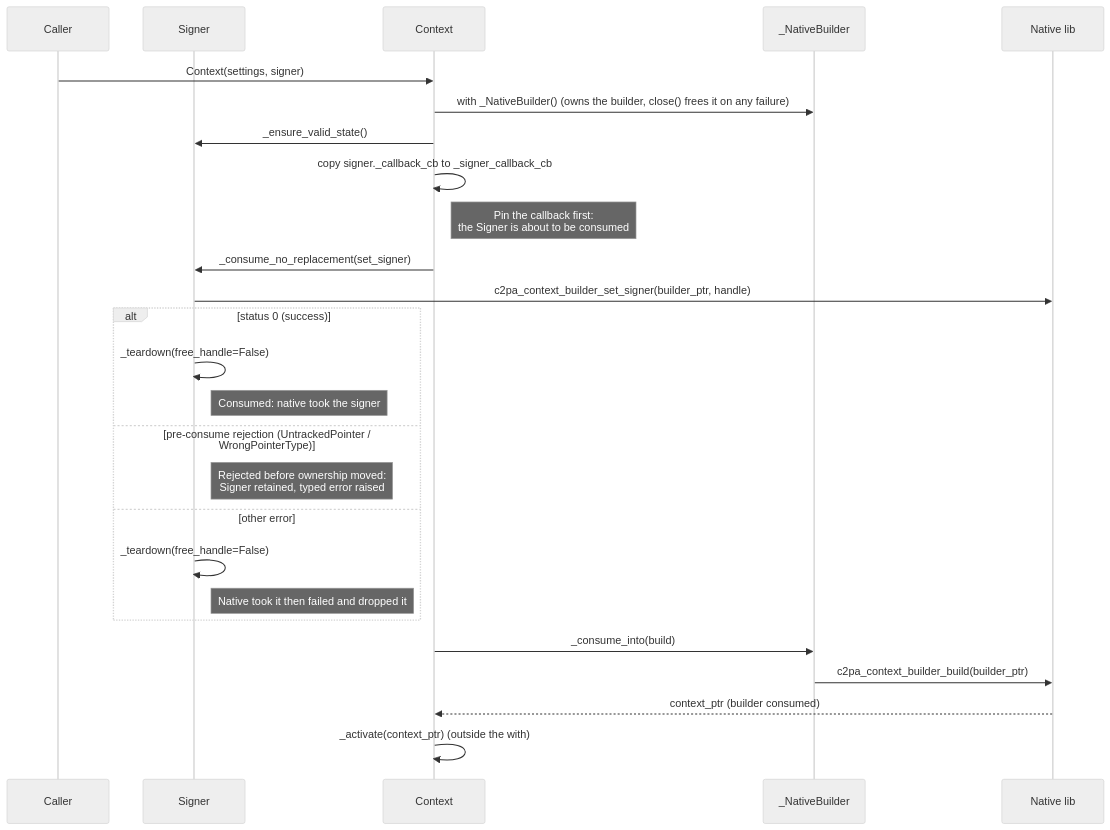
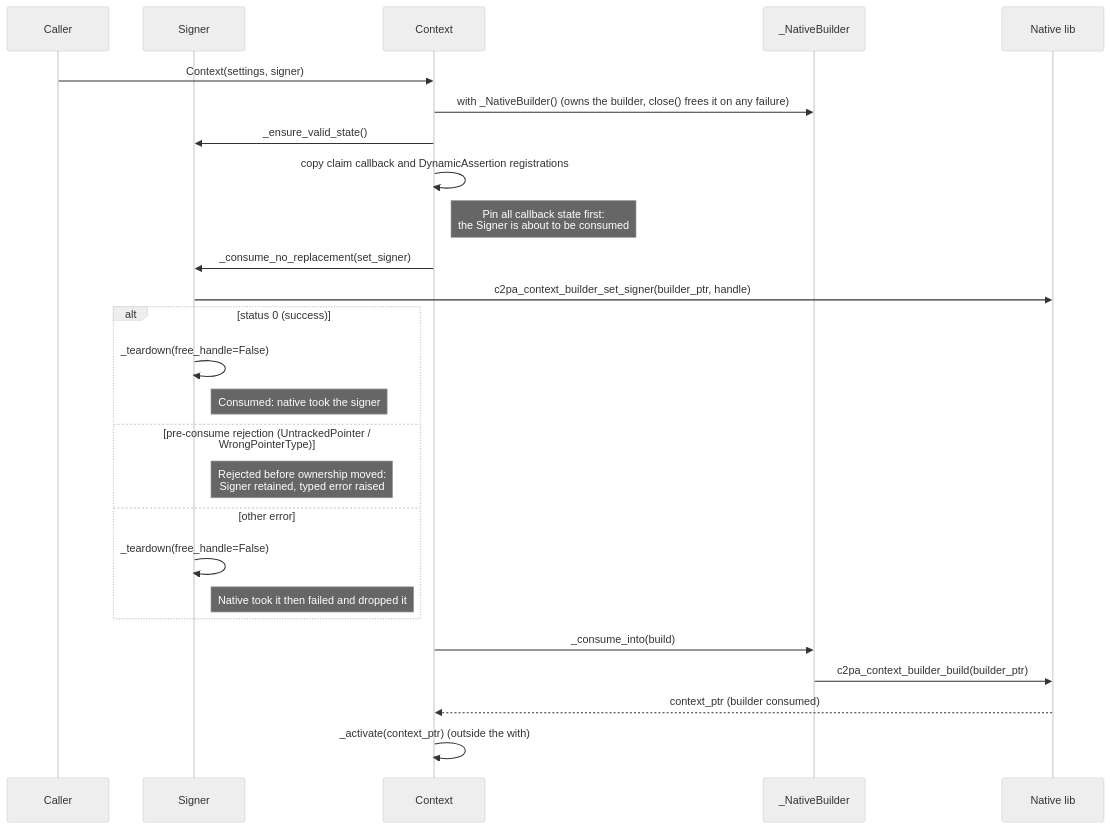
One commit to castlabs/c2pa-python changed the sixth of 9 diagrams in docs/native-resources-management.md. Above: the diagram before and after it, drawn with Mermaid (neutral theme). The commit also changed other lines of this file and 6 other files, not shown here.

Commit message:
feat: add dynamic assertion callbacks

````diff
--- a/docs/native-resources-management.md
+++ b/docs/native-resources-management.md
@@ -331,31 +331,31 @@
 ```mermaid
 sequenceDiagram
     participant C as Caller
     participant S as Signer
     participant X as Context
     participant B as _NativeBuilder
     participant N as Native lib
 
     C->>X: Context(settings, signer)
     X->>B: with _NativeBuilder() (owns the builder, close() frees it on any failure)
     X->>S: _ensure_valid_state()
-    X->>X: copy signer._callback_cb to _signer_callback_cb
-    Note right of X: Pin the callback first:<br/>the Signer is about to be consumed
+    X->>X: copy claim callback and DynamicAssertion registrations
+    Note right of X: Pin all callback state first:<br/>the Signer is about to be consumed
     X->>S: _consume_no_replacement(set_signer)
     S->>N: c2pa_context_builder_set_signer(builder_ptr, handle)
 
     alt status 0 (success)
         S->>S: _teardown(free_handle=False)
         Note right of S: Consumed: native took the signer
     else pre-consume rejection (UntrackedPointer / WrongPointerType)
         Note right of S: Rejected before ownership moved:<br/>Signer retained, typed error raised
     else other error
         S->>S: _teardown(free_handle=False)
         Note right of S: Native took it then failed and dropped it
     end
 
     X->>B: _consume_into(build)
     B->>N: c2pa_context_builder_build(builder_ptr)
     N-->>X: context_ptr (builder consumed)
     X->>X: _activate(context_ptr) (outside the with)
 ```
````
